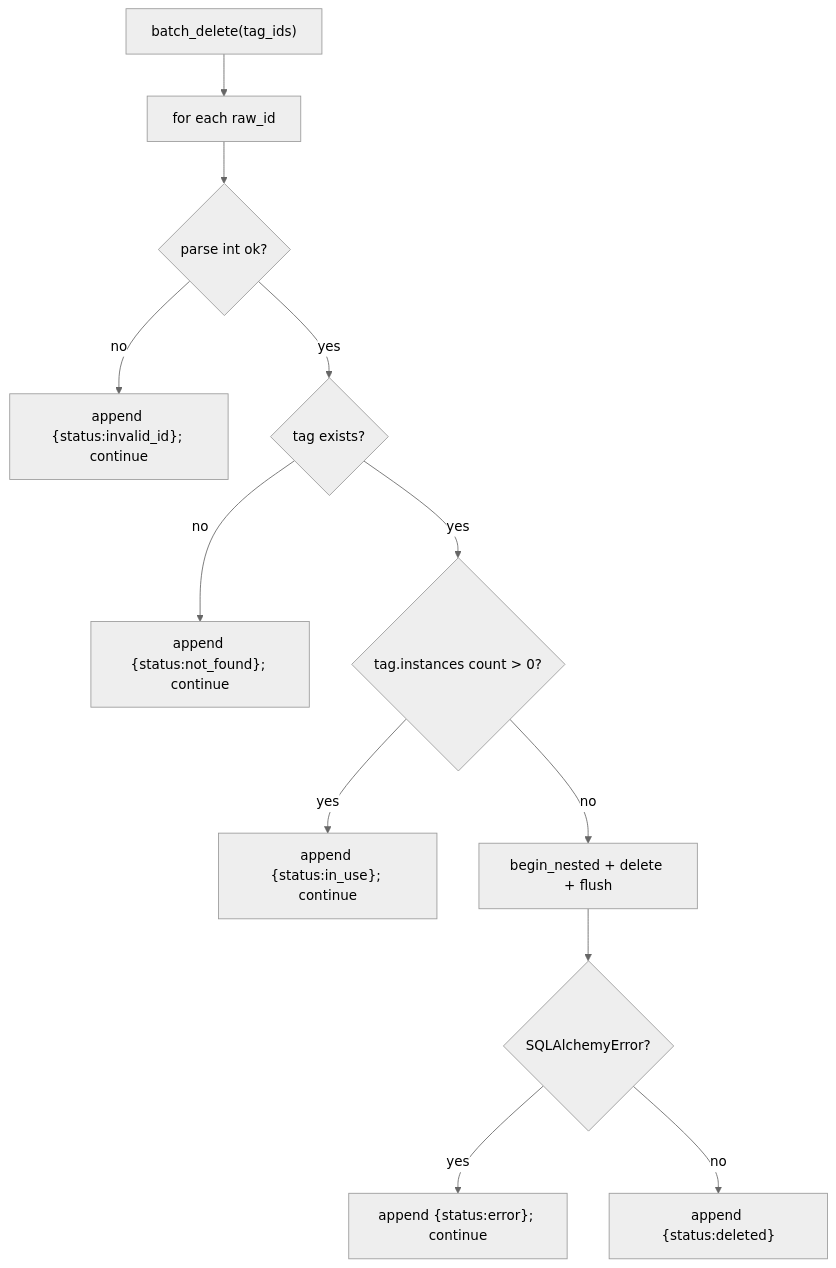
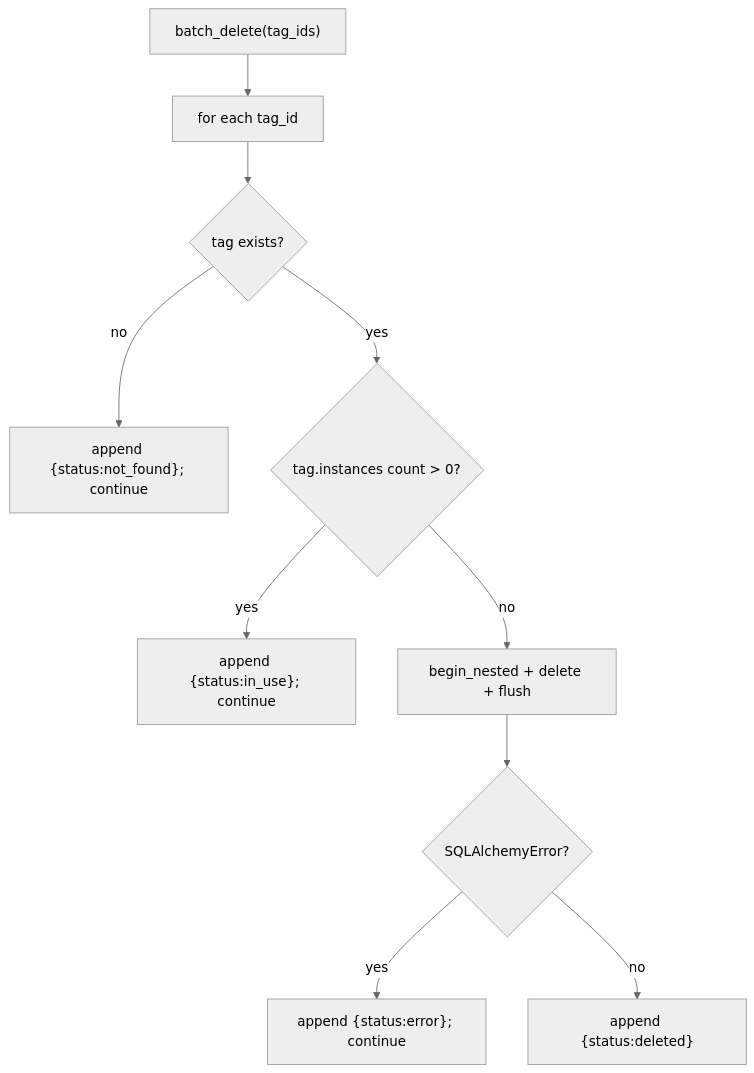
Before and after one commit to nyealovey/WhaleFall: the first of 2 diagrams in docs/Obsidian/Server/tags-write-service.md, drawn with Mermaid (neutral theme). The commit also changed other lines of this file and 9 other files, not shown here.

````diff
--- a/docs/Obsidian/Server/tags-write-service.md
+++ b/docs/Obsidian/Server/tags-write-service.md
@@ -61,14 +60,12 @@
 ```mermaid
 flowchart TB
-    A["batch_delete(tag_ids)"] --> B["for each raw_id"]
-    B --> C{parse int ok?}
-    C -- no --> D["append {status:invalid_id}; continue"]
-    C -- yes --> E{tag exists?}
-    E -- no --> F["append {status:not_found}; continue"]
-    E -- yes --> G{tag.instances count > 0?}
-    G -- yes --> H["append {status:in_use}; continue"]
-    G -- no --> I["begin_nested + delete + flush"]
-    I --> J{SQLAlchemyError?}
-    J -- yes --> K["append {status:error}; continue"]
-    J -- no --> L["append {status:deleted}"]
+    A["batch_delete(tag_ids)"] --> B["for each tag_id"]
+    B --> C{tag exists?}
+    C -- no --> D["append {status:not_found}; continue"]
+    C -- yes --> E{tag.instances count > 0?}
+    E -- yes --> F["append {status:in_use}; continue"]
+    E -- no --> G["begin_nested + delete + flush"]
+    G --> H{SQLAlchemyError?}
+    H -- yes --> I["append {status:error}; continue"]
+    H -- no --> J["append {status:deleted}"]
 ```
````
